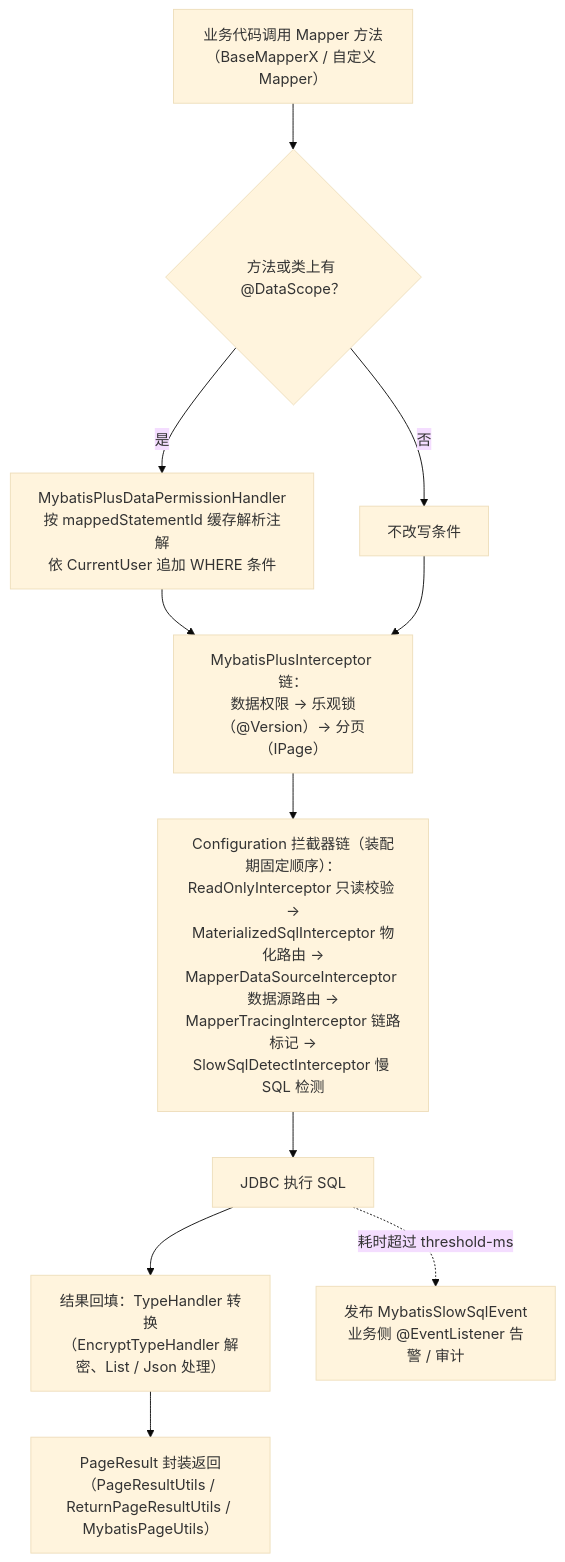
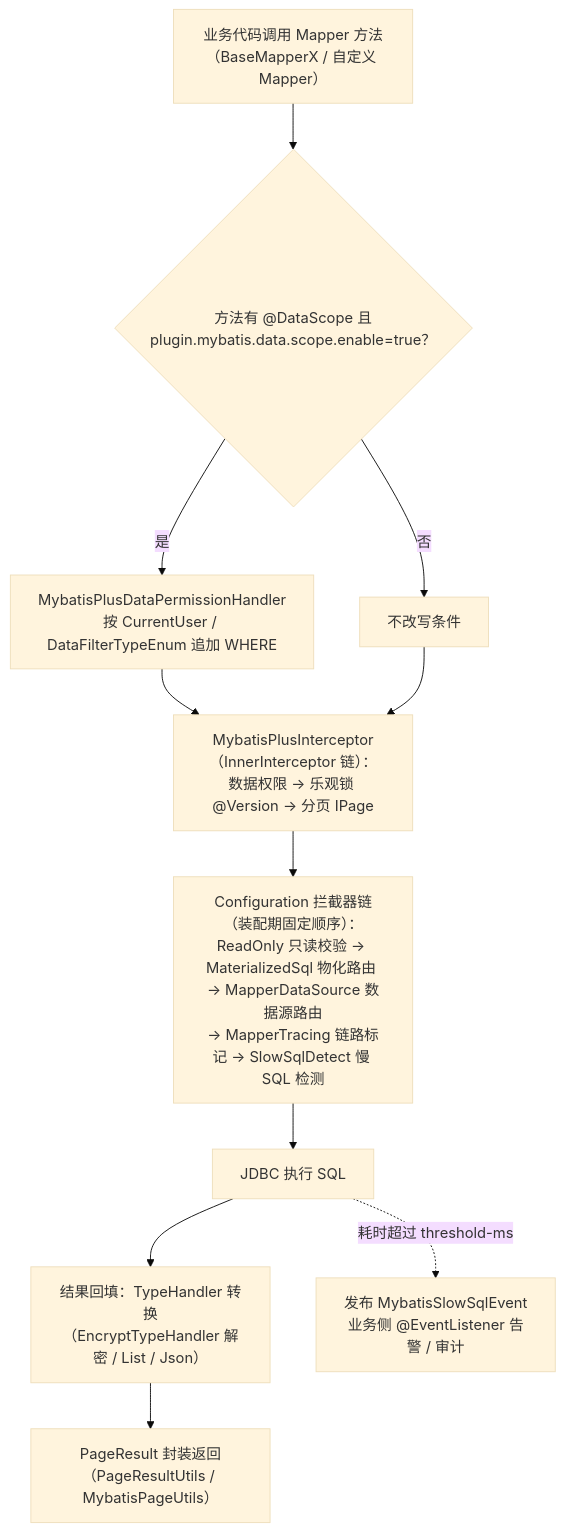
One commit to CHTK001/spring-support-parent-starter changed the second of 2 diagrams in spring-support-mybatis-starter/README.md. Above: the diagram before and after it, drawn with Mermaid (base theme). The commit also changed other lines of this file and 54 other files, not shown here.

````diff
--- a/spring-support-mybatis-starter/README.md
+++ b/spring-support-mybatis-starter/README.md
@@ -95,13 +30,13 @@
 ```mermaid
 flowchart TD
-    A["业务代码调用 Mapper 方法<br/>（BaseMapperX / 自定义 Mapper）"] --> B{"方法或类上有 @DataScope？"}
-    B -->|是| C["MybatisPlusDataPermissionHandler<br/>按 mappedStatementId 缓存解析注解<br/>依 CurrentUser 追加 WHERE 条件"]
+    A["业务代码调用 Mapper 方法<br/>（BaseMapperX / 自定义 Mapper）"] --> B{"方法有 @DataScope 且<br/>plugin.mybatis.data.scope.enable=true？"}
+    B -->|是| C["MybatisPlusDataPermissionHandler<br/>按 CurrentUser / DataFilterTypeEnum 追加 WHERE"]
     B -->|否| D["不改写条件"]
-    C --> E["MybatisPlusInterceptor 链：<br/>数据权限 → 乐观锁（@Version）→ 分页（IPage）"]
+    C --> E["MybatisPlusInterceptor（InnerInterceptor 链）：<br/>数据权限 → 乐观锁 @Version → 分页 IPage"]
     D --> E
-    E --> F["Configuration 拦截器链（装配期固定顺序）：<br/>ReadOnlyInterceptor 只读校验 →<br/>MaterializedSqlInterceptor 物化路由 →<br/>MapperDataSourceInterceptor 数据源路由 →<br/>MapperTracingInterceptor 链路标记 →<br/>SlowSqlDetectInterceptor 慢 SQL 检测"]
+    E --> F["Configuration 拦截器链（装配期固定顺序）：<br/>ReadOnly 只读校验 → MaterializedSql 物化路由 → MapperDataSource 数据源路由<br/>→ MapperTracing 链路标记 → SlowSqlDetect 慢 SQL 检测"]
     F --> G["JDBC 执行 SQL"]
-    G --> H["结果回填：TypeHandler 转换<br/>（EncryptTypeHandler 解密、List / Json 处理）"]
-    H --> I["PageResult 封装返回<br/>（PageResultUtils / ReturnPageResultUtils / MybatisPageUtils）"]
+    G --> H["结果回填：TypeHandler 转换<br/>（EncryptTypeHandler 解密 / List / Json）"]
+    H --> I["PageResult 封装返回（PageResultUtils / MybatisPageUtils）"]
     G -. 耗时超过 threshold-ms .-> J["发布 MybatisSlowSqlEvent<br/>业务侧 @EventListener 告警 / 审计"]
 ```
````
